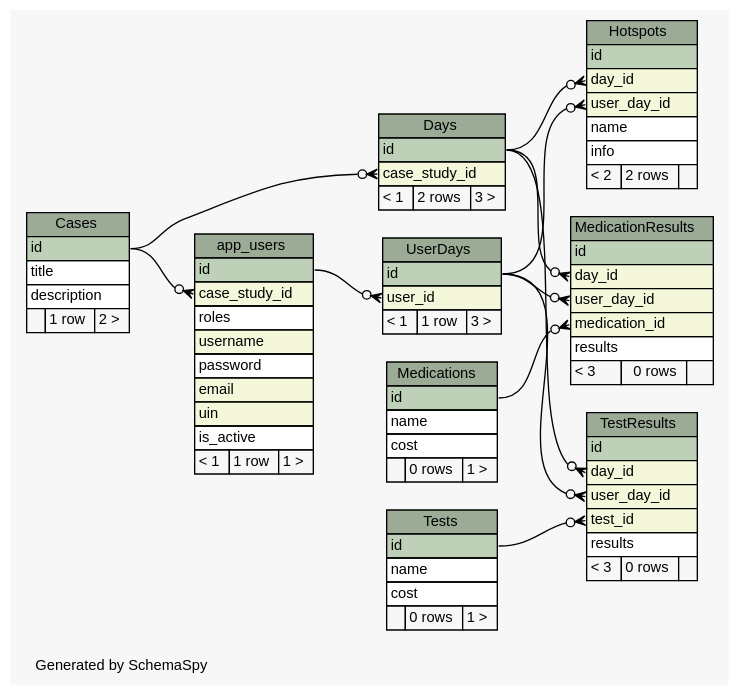
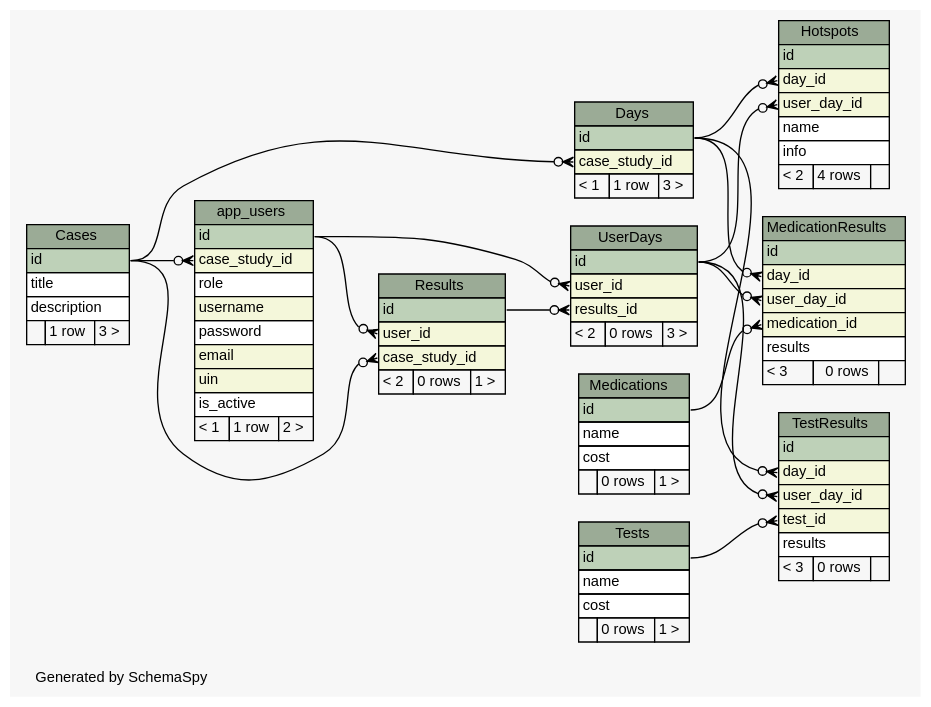
Before and after one commit to carrel2/CaseStudies: the diagram in web/files/schema/diagrams/summary/relationships.real.large.dot, drawn with Graphviz. The commit also changed 175 other files, not shown here.

Commit message:
Create Results object to store completed cases in the database

```diff
--- a/web/files/schema/diagrams/summary/relationships.real.large.dot
+++ b/web/files/schema/diagrams/summary/relationships.real.large.dot
@@ -1,150 +1,166 @@
-// dot 2.38.0 on Linux 4.4.0-64-generic
+// dot 2.38.0 on Linux 4.4.0-66-generic
 // SchemaSpy rev 590
 digraph "largeRelationshipsDiagram" {
   graph [
     rankdir="RL"
     bgcolor="#f7f7f7"
     label="\nGenerated by SchemaSpy"
     labeljust="l"
     nodesep="0.18"
     ranksep="0.46"
     fontname="Helvetica"
     fontsize="11"
   ];
   node [
     fontname="Helvetica"
     fontsize="11"
     shape="plaintext"
   ];
   edge [
     arrowsize="0.8"
   ];
   "app_users" [
     label=<
     <TABLE BORDER="0" CELLBORDER="1" CELLSPACING="0" BGCOLOR="#ffffff">
       <TR><TD COLSPAN="3" BGCOLOR="#9bab96" ALIGN="CENTER">app_users</TD></TR>
       <TR><TD PORT="id" COLSPAN="3" BGCOLOR="#bed1b8" ALIGN="LEFT">id</TD></TR>
       <TR><TD PORT="case_study_id" COLSPAN="3" BGCOLOR="#f4f7da" ALIGN="LEFT">case_study_id</TD></TR>
-      <TR><TD PORT="roles" COLSPAN="3" ALIGN="LEFT">roles</TD></TR>
+      <TR><TD PORT="role" COLSPAN="3" ALIGN="LEFT">role</TD></TR>
       <TR><TD PORT="username" COLSPAN="3" BGCOLOR="#f4f7da" ALIGN="LEFT">username</TD></TR>
       <TR><TD PORT="password" COLSPAN="3" ALIGN="LEFT">password</TD></TR>
       <TR><TD PORT="email" COLSPAN="3" BGCOLOR="#f4f7da" ALIGN="LEFT">email</TD></TR>
       <TR><TD PORT="uin" COLSPAN="3" BGCOLOR="#f4f7da" ALIGN="LEFT">uin</TD></TR>
       <TR><TD PORT="is_active" COLSPAN="3" ALIGN="LEFT">is_active</TD></TR>
-      <TR><TD ALIGN="LEFT" BGCOLOR="#f7f7f7">&lt; 1</TD><TD ALIGN="RIGHT" BGCOLOR="#f7f7f7">1 row</TD><TD ALIGN="RIGHT" BGCOLOR="#f7f7f7">1 &gt;</TD></TR>
+      <TR><TD ALIGN="LEFT" BGCOLOR="#f7f7f7">&lt; 1</TD><TD ALIGN="RIGHT" BGCOLOR="#f7f7f7">1 row</TD><TD ALIGN="RIGHT" BGCOLOR="#f7f7f7">2 &gt;</TD></TR>
     </TABLE>>
     URL="tables/app_users.html"
     tooltip="app_users"
   ];
   "Cases" [
     label=<
     <TABLE BORDER="0" CELLBORDER="1" CELLSPACING="0" BGCOLOR="#ffffff">
       <TR><TD COLSPAN="3" BGCOLOR="#9bab96" ALIGN="CENTER">Cases</TD></TR>
       <TR><TD PORT="id" COLSPAN="3" BGCOLOR="#bed1b8" ALIGN="LEFT">id</TD></TR>
       <TR><TD PORT="title" COLSPAN="3" ALIGN="LEFT">title</TD></TR>
       <TR><TD PORT="description" COLSPAN="3" ALIGN="LEFT">description</TD></TR>
-      <TR><TD ALIGN="LEFT" BGCOLOR="#f7f7f7">  </TD><TD ALIGN="RIGHT" BGCOLOR="#f7f7f7">1 row</TD><TD ALIGN="RIGHT" BGCOLOR="#f7f7f7">2 &gt;</TD></TR>
+      <TR><TD ALIGN="LEFT" BGCOLOR="#f7f7f7">  </TD><TD ALIGN="RIGHT" BGCOLOR="#f7f7f7">1 row</TD><TD ALIGN="RIGHT" BGCOLOR="#f7f7f7">3 &gt;</TD></TR>
     </TABLE>>
     URL="tables/Cases.html"
     tooltip="Cases"
   ];
   "Days" [
     label=<
     <TABLE BORDER="0" CELLBORDER="1" CELLSPACING="0" BGCOLOR="#ffffff">
       <TR><TD COLSPAN="3" BGCOLOR="#9bab96" ALIGN="CENTER">Days</TD></TR>
       <TR><TD PORT="id" COLSPAN="3" BGCOLOR="#bed1b8" ALIGN="LEFT">id</TD></TR>
       <TR><TD PORT="case_study_id" COLSPAN="3" BGCOLOR="#f4f7da" ALIGN="LEFT">case_study_id</TD></TR>
-      <TR><TD ALIGN="LEFT" BGCOLOR="#f7f7f7">&lt; 1</TD><TD ALIGN="RIGHT" BGCOLOR="#f7f7f7">2 rows</TD><TD ALIGN="RIGHT" BGCOLOR="#f7f7f7">3 &gt;</TD></TR>
+      <TR><TD ALIGN="LEFT" BGCOLOR="#f7f7f7">&lt; 1</TD><TD ALIGN="RIGHT" BGCOLOR="#f7f7f7">1 row</TD><TD ALIGN="RIGHT" BGCOLOR="#f7f7f7">3 &gt;</TD></TR>
     </TABLE>>
     URL="tables/Days.html"
     tooltip="Days"
   ];
   "Hotspots" [
     label=<
     <TABLE BORDER="0" CELLBORDER="1" CELLSPACING="0" BGCOLOR="#ffffff">
       <TR><TD COLSPAN="3" BGCOLOR="#9bab96" ALIGN="CENTER">Hotspots</TD></TR>
       <TR><TD PORT="id" COLSPAN="3" BGCOLOR="#bed1b8" ALIGN="LEFT">id</TD></TR>
       <TR><TD PORT="day_id" COLSPAN="3" BGCOLOR="#f4f7da" ALIGN="LEFT">day_id</TD></TR>
       <TR><TD PORT="user_day_id" COLSPAN="3" BGCOLOR="#f4f7da" ALIGN="LEFT">user_day_id</TD></TR>
       <TR><TD PORT="name" COLSPAN="3" ALIGN="LEFT">name</TD></TR>
       <TR><TD PORT="info" COLSPAN="3" ALIGN="LEFT">info</TD></TR>
-      <TR><TD ALIGN="LEFT" BGCOLOR="#f7f7f7">&lt; 2</TD><TD ALIGN="RIGHT" BGCOLOR="#f7f7f7">2 rows</TD><TD ALIGN="RIGHT" BGCOLOR="#f7f7f7">  </TD></TR>
+      <TR><TD ALIGN="LEFT" BGCOLOR="#f7f7f7">&lt; 2</TD><TD ALIGN="RIGHT" BGCOLOR="#f7f7f7">4 rows</TD><TD ALIGN="RIGHT" BGCOLOR="#f7f7f7">  </TD></TR>
     </TABLE>>
     URL="tables/Hotspots.html"
     tooltip="Hotspots"
   ];
   "MedicationResults" [
     label=<
     <TABLE BORDER="0" CELLBORDER="1" CELLSPACING="0" BGCOLOR="#ffffff">
       <TR><TD COLSPAN="3" BGCOLOR="#9bab96" ALIGN="CENTER">MedicationResults</TD></TR>
       <TR><TD PORT="id" COLSPAN="3" BGCOLOR="#bed1b8" ALIGN="LEFT">id</TD></TR>
       <TR><TD PORT="day_id" COLSPAN="3" BGCOLOR="#f4f7da" ALIGN="LEFT">day_id</TD></TR>
       <TR><TD PORT="user_day_id" COLSPAN="3" BGCOLOR="#f4f7da" ALIGN="LEFT">user_day_id</TD></TR>
       <TR><TD PORT="medication_id" COLSPAN="3" BGCOLOR="#f4f7da" ALIGN="LEFT">medication_id</TD></TR>
       <TR><TD PORT="results" COLSPAN="3" ALIGN="LEFT">results</TD></TR>
       <TR><TD ALIGN="LEFT" BGCOLOR="#f7f7f7">&lt; 3</TD><TD ALIGN="RIGHT" BGCOLOR="#f7f7f7">0 rows</TD><TD ALIGN="RIGHT" BGCOLOR="#f7f7f7">  </TD></TR>
     </TABLE>>
     URL="tables/MedicationResults.html"
     tooltip="MedicationResults"
   ];
   "Medications" [
     label=<
     <TABLE BORDER="0" CELLBORDER="1" CELLSPACING="0" BGCOLOR="#ffffff">
       <TR><TD COLSPAN="3" BGCOLOR="#9bab96" ALIGN="CENTER">Medications</TD></TR>
       <TR><TD PORT="id" COLSPAN="3" BGCOLOR="#bed1b8" ALIGN="LEFT">id</TD></TR>
       <TR><TD PORT="name" COLSPAN="3" ALIGN="LEFT">name</TD></TR>
       <TR><TD PORT="cost" COLSPAN="3" ALIGN="LEFT">cost</TD></TR>
       <TR><TD ALIGN="LEFT" BGCOLOR="#f7f7f7">  </TD><TD ALIGN="RIGHT" BGCOLOR="#f7f7f7">0 rows</TD><TD ALIGN="RIGHT" BGCOLOR="#f7f7f7">1 &gt;</TD></TR>
     </TABLE>>
     URL="tables/Medications.html"
     tooltip="Medications"
+  ];
+  "Results" [
+    label=<
+    <TABLE BORDER="0" CELLBORDER="1" CELLSPACING="0" BGCOLOR="#ffffff">
+      <TR><TD COLSPAN="3" BGCOLOR="#9bab96" ALIGN="CENTER">Results</TD></TR>
+      <TR><TD PORT="id" COLSPAN="3" BGCOLOR="#bed1b8" ALIGN="LEFT">id</TD></TR>
+      <TR><TD PORT="user_id" COLSPAN="3" BGCOLOR="#f4f7da" ALIGN="LEFT">user_id</TD></TR>
+      <TR><TD PORT="case_study_id" COLSPAN="3" BGCOLOR="#f4f7da" ALIGN="LEFT">case_study_id</TD></TR>
+      <TR><TD ALIGN="LEFT" BGCOLOR="#f7f7f7">&lt; 2</TD><TD ALIGN="RIGHT" BGCOLOR="#f7f7f7">0 rows</TD><TD ALIGN="RIGHT" BGCOLOR="#f7f7f7">1 &gt;</TD></TR>
+    </TABLE>>
+    URL="tables/Results.html"
+    tooltip="Results"
   ];
   "TestResults" [
     label=<
     <TABLE BORDER="0" CELLBORDER="1" CELLSPACING="0" BGCOLOR="#ffffff">
       <TR><TD COLSPAN="3" BGCOLOR="#9bab96" ALIGN="CENTER">TestResults</TD></TR>
       <TR><TD PORT="id" COLSPAN="3" BGCOLOR="#bed1b8" ALIGN="LEFT">id</TD></TR>
       <TR><TD PORT="day_id" COLSPAN="3" BGCOLOR="#f4f7da" ALIGN="LEFT">day_id</TD></TR>
       <TR><TD PORT="user_day_id" COLSPAN="3" BGCOLOR="#f4f7da" ALIGN="LEFT">user_day_id</TD></TR>
       <TR><TD PORT="test_id" COLSPAN="3" BGCOLOR="#f4f7da" ALIGN="LEFT">test_id</TD></TR>
       <TR><TD PORT="results" COLSPAN="3" ALIGN="LEFT">results</TD></TR>
       <TR><TD ALIGN="LEFT" BGCOLOR="#f7f7f7">&lt; 3</TD><TD ALIGN="RIGHT" BGCOLOR="#f7f7f7">0 rows</TD><TD ALIGN="RIGHT" BGCOLOR="#f7f7f7">  </TD></TR>
     </TABLE>>
     URL="tables/TestResults.html"
     tooltip="TestResults"
   ];
   "Tests" [
     label=<
     <TABLE BORDER="0" CELLBORDER="1" CELLSPACING="0" BGCOLOR="#ffffff">
       <TR><TD COLSPAN="3" BGCOLOR="#9bab96" ALIGN="CENTER">Tests</TD></TR>
       <TR><TD PORT="id" COLSPAN="3" BGCOLOR="#bed1b8" ALIGN="LEFT">id</TD></TR>
       <TR><TD PORT="name" COLSPAN="3" ALIGN="LEFT">name</TD></TR>
       <TR><TD PORT="cost" COLSPAN="3" ALIGN="LEFT">cost</TD></TR>
       <TR><TD ALIGN="LEFT" BGCOLOR="#f7f7f7">  </TD><TD ALIGN="RIGHT" BGCOLOR="#f7f7f7">0 rows</TD><TD ALIGN="RIGHT" BGCOLOR="#f7f7f7">1 &gt;</TD></TR>
     </TABLE>>
     URL="tables/Tests.html"
     tooltip="Tests"
   ];
   "UserDays" [
     label=<
     <TABLE BORDER="0" CELLBORDER="1" CELLSPACING="0" BGCOLOR="#ffffff">
       <TR><TD COLSPAN="3" BGCOLOR="#9bab96" ALIGN="CENTER">UserDays</TD></TR>
       <TR><TD PORT="id" COLSPAN="3" BGCOLOR="#bed1b8" ALIGN="LEFT">id</TD></TR>
       <TR><TD PORT="user_id" COLSPAN="3" BGCOLOR="#f4f7da" ALIGN="LEFT">user_id</TD></TR>
-      <TR><TD ALIGN="LEFT" BGCOLOR="#f7f7f7">&lt; 1</TD><TD ALIGN="RIGHT" BGCOLOR="#f7f7f7">1 row</TD><TD ALIGN="RIGHT" BGCOLOR="#f7f7f7">3 &gt;</TD></TR>
+      <TR><TD PORT="results_id" COLSPAN="3" BGCOLOR="#f4f7da" ALIGN="LEFT">results_id</TD></TR>
+      <TR><TD ALIGN="LEFT" BGCOLOR="#f7f7f7">&lt; 2</TD><TD ALIGN="RIGHT" BGCOLOR="#f7f7f7">0 rows</TD><TD ALIGN="RIGHT" BGCOLOR="#f7f7f7">3 &gt;</TD></TR>
     </TABLE>>
     URL="tables/UserDays.html"
     tooltip="UserDays"
   ];
   "app_users":"case_study_id":w -> "Cases":"id":e [arrowhead=none dir=back arrowtail=crowodot];
   "Days":"case_study_id":w -> "Cases":"id":e [arrowhead=none dir=back arrowtail=crowodot];
   "Hotspots":"day_id":w -> "Days":"id":e [arrowhead=none dir=back arrowtail=crowodot];
   "Hotspots":"user_day_id":w -> "UserDays":"id":e [arrowhead=none dir=back arrowtail=crowodot];
   "MedicationResults":"day_id":w -> "Days":"id":e [arrowhead=none dir=back arrowtail=crowodot];
   "MedicationResults":"medication_id":w -> "Medications":"id":e [arrowhead=none dir=back arrowtail=crowodot];
   "MedicationResults":"user_day_id":w -> "UserDays":"id":e [arrowhead=none dir=back arrowtail=crowodot];
+  "Results":"case_study_id":w -> "Cases":"id":e [arrowhead=none dir=back arrowtail=crowodot];
+  "Results":"user_id":w -> "app_users":"id":e [arrowhead=none dir=back arrowtail=crowodot];
   "TestResults":"day_id":w -> "Days":"id":e [arrowhead=none dir=back arrowtail=crowodot];
   "TestResults":"test_id":w -> "Tests":"id":e [arrowhead=none dir=back arrowtail=crowodot];
   "TestResults":"user_day_id":w -> "UserDays":"id":e [arrowhead=none dir=back arrowtail=crowodot];
+  "UserDays":"results_id":w -> "Results":"id":e [arrowhead=none dir=back arrowtail=crowodot];
   "UserDays":"user_id":w -> "app_users":"id":e [arrowhead=none dir=back arrowtail=crowodot];
 }
```
